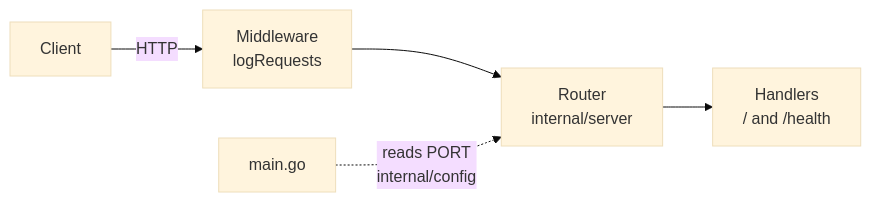
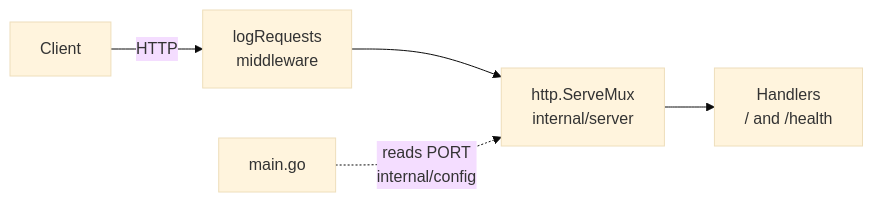
The diagram in starters/starter-go/README.md (light-cloud-com/templates), drawn with Mermaid (base theme) before and after one commit. The commit also changed other lines of this file and 2 other files, not shown here.

First line of the commit message:
README: Go REST API starter (net/http) landing page

````diff
--- a/starters/starter-go/README.md
+++ b/starters/starter-go/README.md
@@ -29,7 +107,7 @@
 ```mermaid
 flowchart LR
-    client["Client"] -->|HTTP| mw["Middleware<br/>logRequests"]
-    mw --> router["Router<br/>internal/server"]
-    router --> handlers["Handlers<br/>/ and /health"]
-    main["main.go"] -.->|"reads PORT<br/>internal/config"| router
+    client["Client"] -->|HTTP| mw["logRequests<br/>middleware"]
+    mw --> mux["http.ServeMux<br/>internal/server"]
+    mux --> handlers["Handlers<br/>/ and /health"]
+    main["main.go"] -.->|"reads PORT<br/>internal/config"| mux
 ```
````
